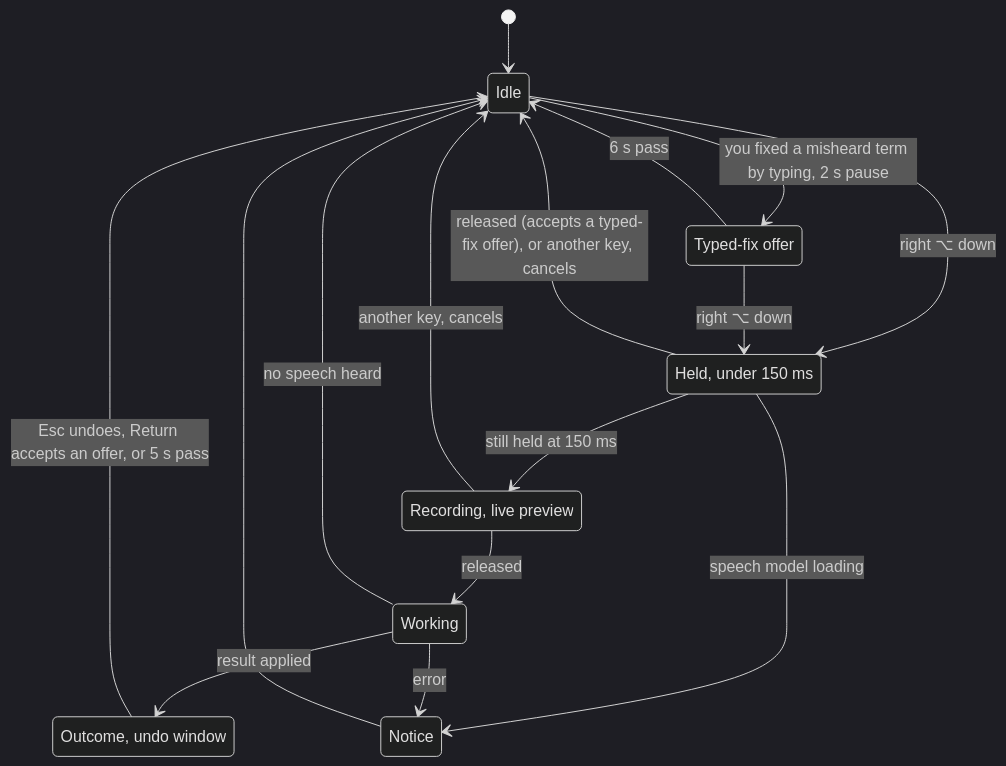
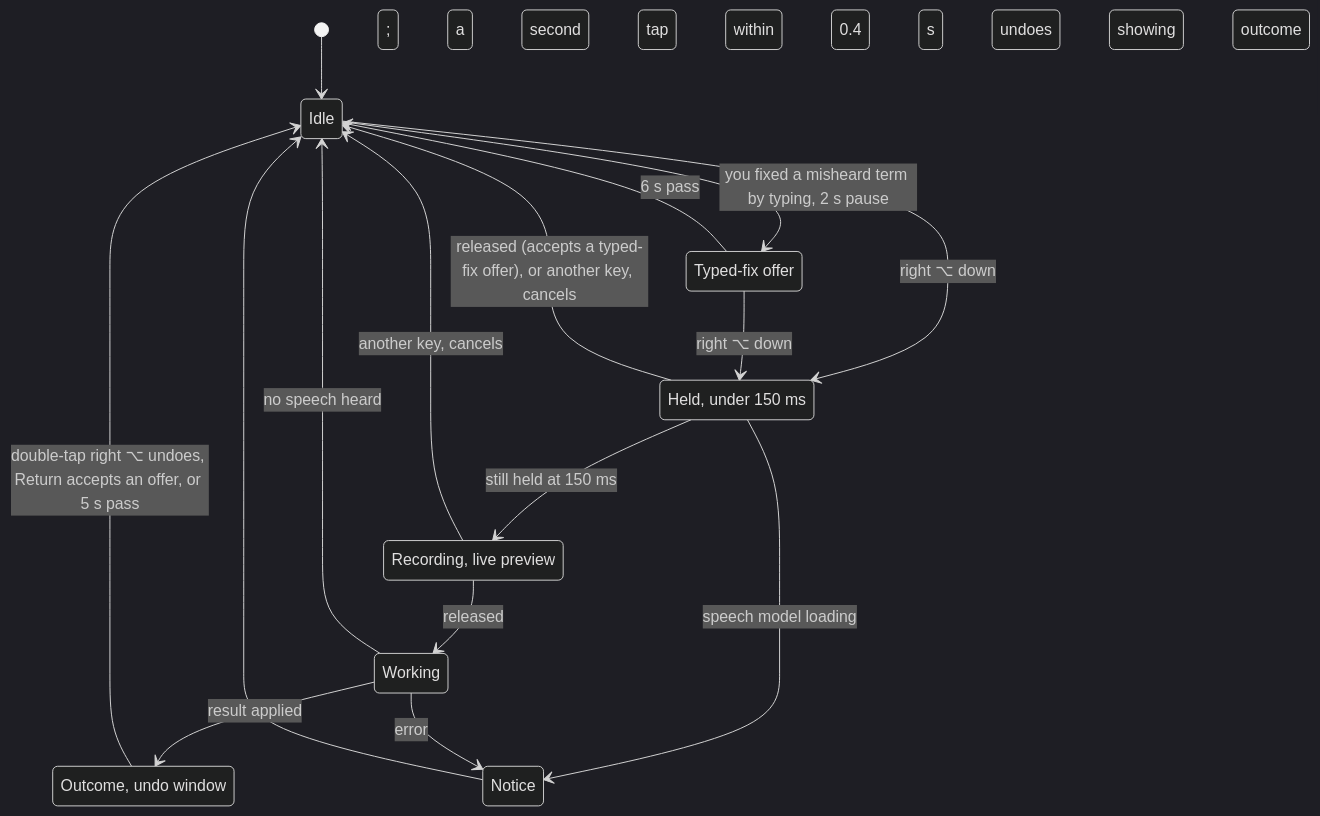
Before and after one commit to thirteen37/PopTalk: the first of 4 diagrams in docs/how-it-works.md, drawn with Mermaid (dark theme). The commit also changed other lines of this file and 12 other files, not shown here.

First line of the commit message:
feat(hotkey): double-tap right ⌥ undoes, replacing Esc (#109)

````diff
--- a/docs/how-it-works.md
+++ b/docs/how-it-works.md
@@ -18,26 +18,26 @@
 ```mermaid
 stateDiagram-v2
     state "Idle" as Idle
     state "Held, under 150 ms" as Arming
     state "Recording, live preview" as Recording
     state "Working" as Working
     state "Outcome, undo window" as Outcome
     state "Notice" as Notice
     state "Typed-fix offer" as Offer
 
     [*] --> Idle
     Idle --> Arming: right ⌥ down
-    Arming --> Idle: released (accepts a typed-fix offer), or another key, cancels
+    Arming --> Idle: released (accepts a typed-fix offer), or another key, cancels; a second tap within 0.4 s undoes a showing outcome
     Arming --> Recording: still held at 150 ms
     Arming --> Notice: speech model loading
     Recording --> Idle: another key, cancels
     Recording --> Working: released
     Working --> Idle: no speech heard
     Working --> Outcome: result applied
     Working --> Notice: error
     Notice --> Idle
-    Outcome --> Idle: Esc undoes, Return accepts an offer, or 5 s pass
+    Outcome --> Idle: double-tap right ⌥ undoes, Return accepts an offer, or 5 s pass
     Idle --> Offer: you fixed a misheard term by typing, 2 s pause
     Offer --> Arming: right ⌥ down
     Offer --> Idle: 6 s pass
 ```
````
